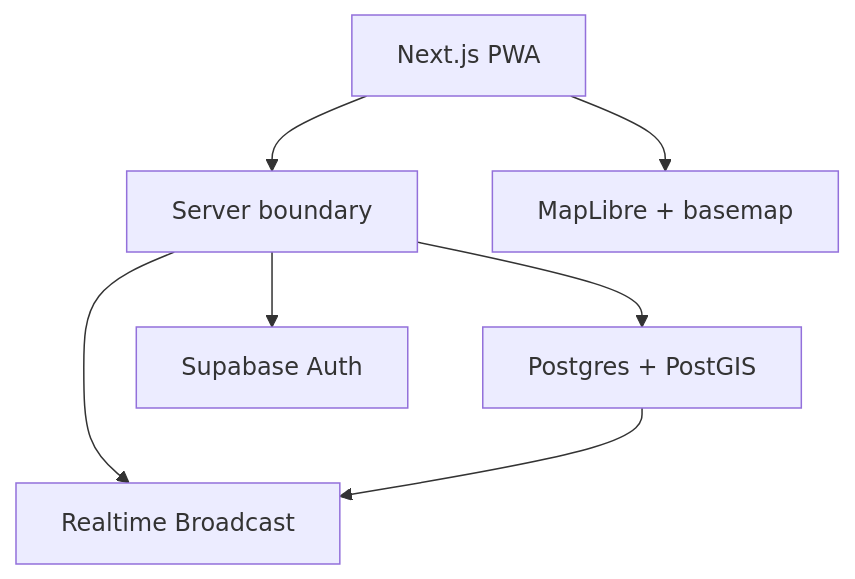
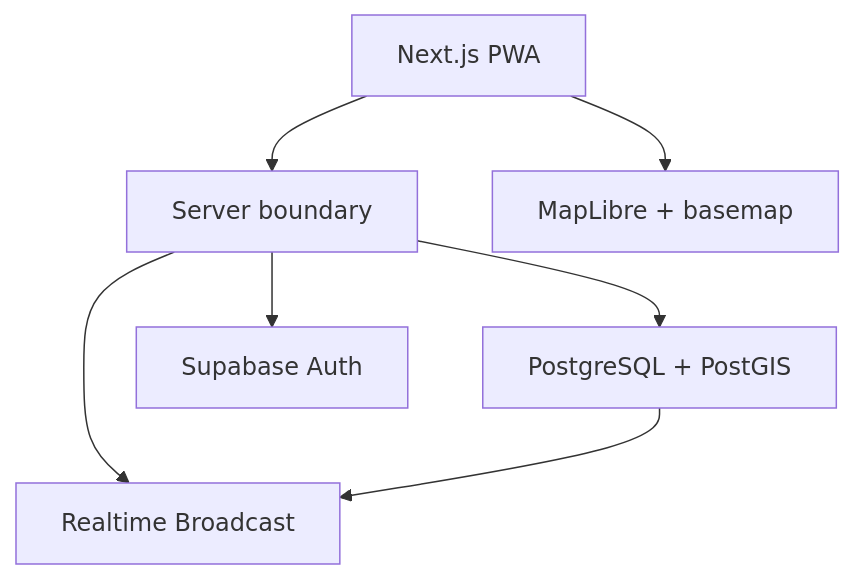
Before and after one commit to Thunderkill016/Vietnam-Social: the diagram in ARCHITECTURE.md, drawn with Mermaid. The commit also changed other lines of this file and 5 other files, not shown here.

````diff
--- a/ARCHITECTURE.md
+++ b/ARCHITECTURE.md
@@ -9,9 +9,9 @@
 ```mermaid
 flowchart TD
   Web["Next.js PWA"] --> API["Server boundary"]
-  API --> DB["Postgres + PostGIS"]
+  API --> DB["PostgreSQL + PostGIS"]
   API --> Auth["Supabase Auth"]
   API --> RT["Realtime Broadcast"]
   Web --> Map["MapLibre + basemap"]
   DB --> RT
 ```
````
